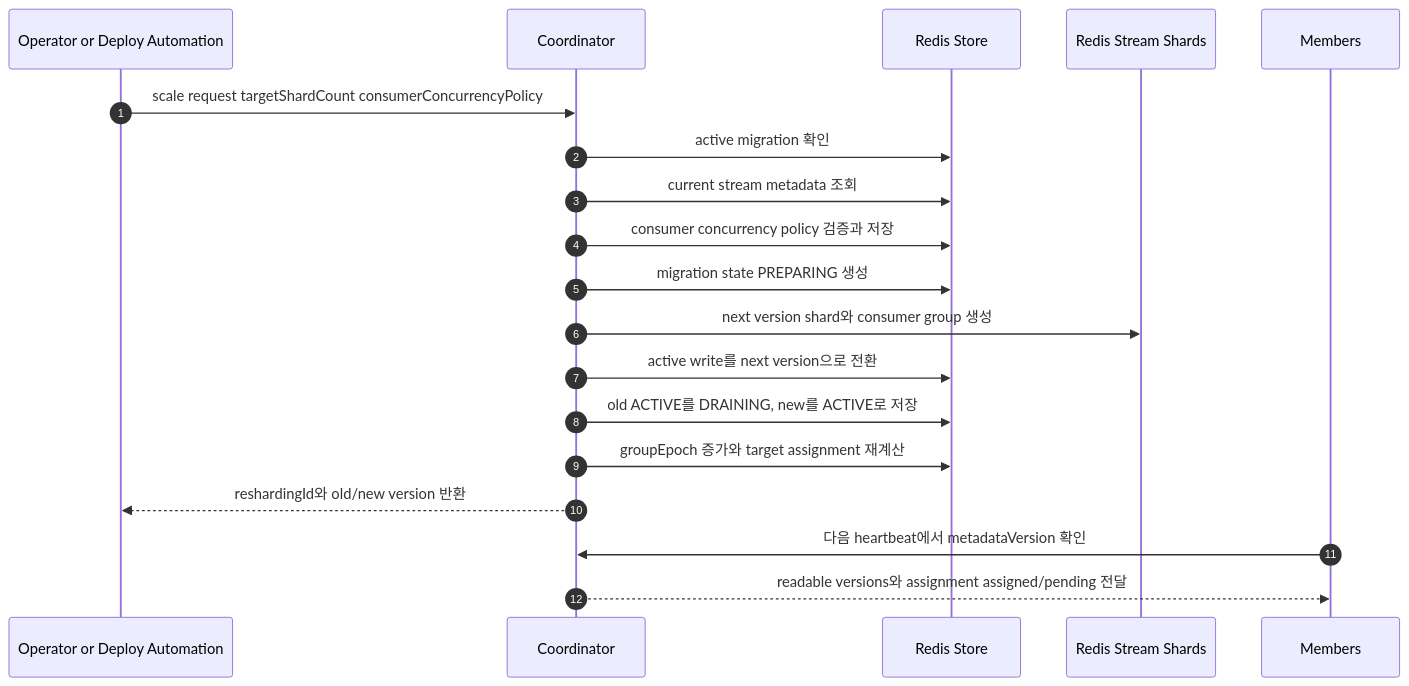
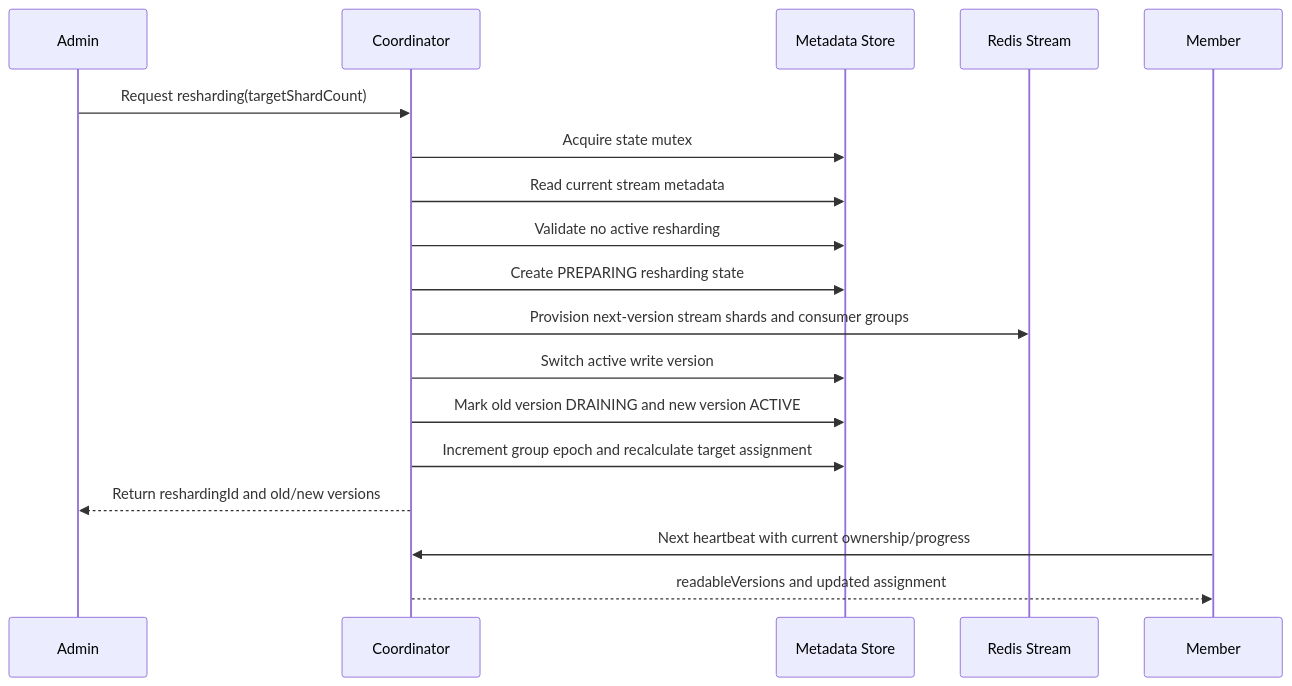
Before and after one commit to ghkdqhrbals/redis-stream-coordinator: the diagram in docs/prd/04-stream-version-migration.md, drawn with Mermaid. The commit also changed other lines of this file and 16 other files, not shown here.

````diff
--- a/docs/prd/04-stream-version-migration.md
+++ b/docs/prd/04-stream-version-migration.md
@@ -61,22 +79,21 @@
 ```mermaid
 sequenceDiagram
-    autonumber
-    participant Admin as Operator or Deploy Automation
+    participant Admin
     participant C as Coordinator
-    participant Store as Redis Store
-    participant Stream as Redis Stream Shards
-    participant M as Members
+    participant Store as Metadata Store
+    participant Stream as Redis Stream
+    participant M as Member
 
-    Admin->>C: scale request targetShardCount consumerConcurrencyPolicy
-    C->>Store: active migration 확인
-    C->>Store: current stream metadata 조회
-    C->>Store: consumer concurrency policy 검증과 저장
-    C->>Store: migration state PREPARING 생성
-    C->>Stream: next version shard와 consumer group 생성
-    C->>Store: active write를 next version으로 전환
-    C->>Store: old ACTIVE를 DRAINING, new를 ACTIVE로 저장
-    C->>Store: groupEpoch 증가와 target assignment 재계산
-    C-->>Admin: reshardingId와 old/new version 반환
-    M->>C: 다음 heartbeat에서 metadataVersion 확인
-    C-->>M: readable versions와 assignment assigned/pending 전달
+    Admin->>C: Request resharding(targetShardCount)
+    C->>Store: Acquire state mutex
+    C->>Store: Read current stream metadata
+    C->>Store: Validate no active resharding
+    C->>Store: Create PREPARING resharding state
+    C->>Stream: Provision next-version stream shards and consumer groups
+    C->>Store: Switch active write version
+    C->>Store: Mark old version DRAINING and new version ACTIVE
+    C->>Store: Increment group epoch and recalculate target assignment
+    C-->>Admin: Return reshardingId and old/new versions
+    M->>C: Next heartbeat with current ownership/progress
+    C-->>M: readableVersions and updated assignment
 ```
````
